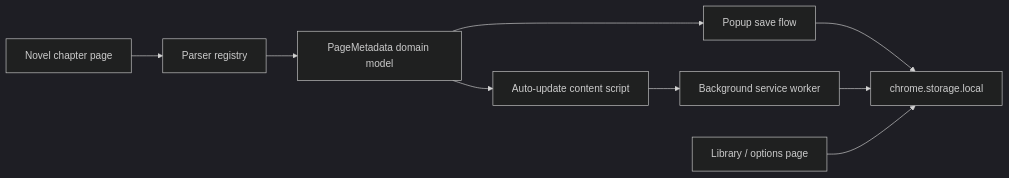
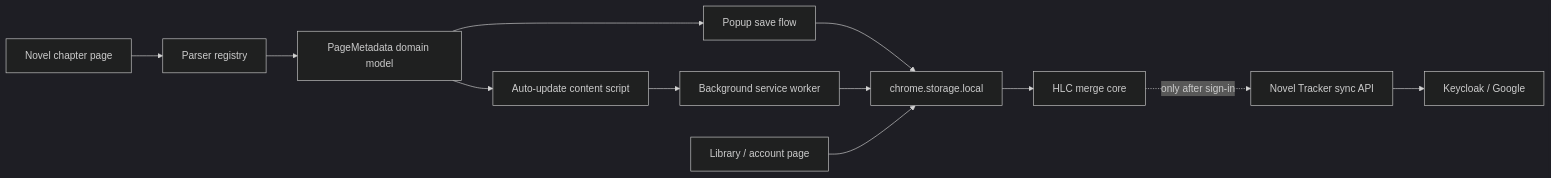
The diagram in README.md (biswashghi/novel_tracker), drawn with Mermaid (dark theme) before and after one commit. The commit also changed other lines of this file and 31 other files, not shown here.

````diff
--- a/README.md
+++ b/README.md
@@ -70,11 +78,14 @@
 ```mermaid
 flowchart LR
     Page["Novel chapter page"] --> Parser["Parser registry"]
     Parser --> Metadata["PageMetadata domain model"]
     Metadata --> Popup["Popup save flow"]
     Metadata --> Content["Auto-update content script"]
     Content --> Background["Background service worker"]
     Popup --> Storage["chrome.storage.local"]
     Background --> Storage
-    Options["Library / options page"] --> Storage
+    Options["Library / account page"] --> Storage
+    Storage --> Merge["HLC merge core"]
+    Merge -. "only after sign-in" .-> API["Novel Tracker sync API"]
+    API --> Keycloak["Keycloak / Google"]
 ```
````
